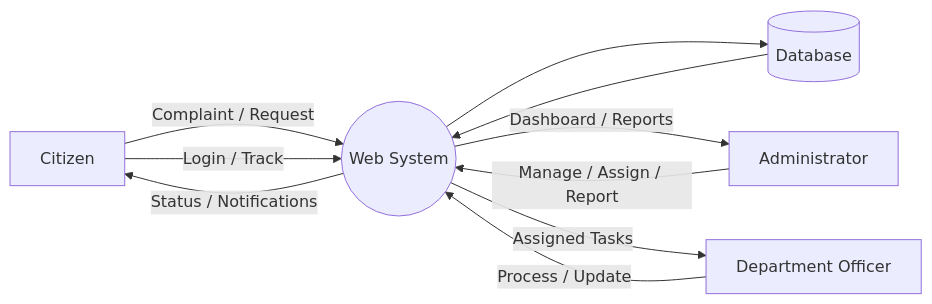
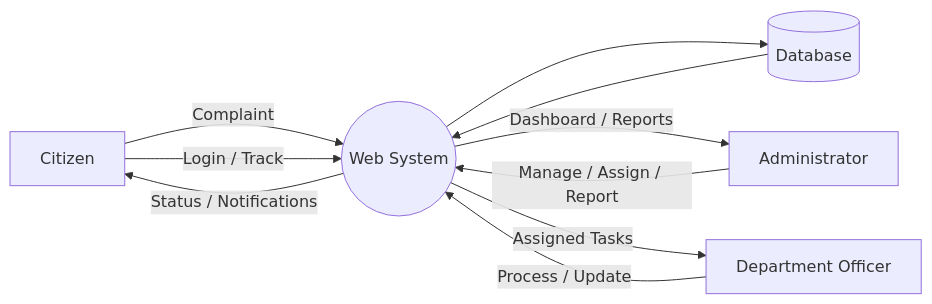
One commit to esmaelmohammed-ux/Adama-city-citizen-complaint-and-request-management-system changed the fourth of 7 diagrams in Project_Proposal_Web_Based_Citizen_Complaint_and_Service_Request.md. Above: the diagram before and after it, drawn with Mermaid. The commit also changed other lines of this file and 72 other files, not shown here.

````diff
--- a/Project_Proposal_Web_Based_Citizen_Complaint_and_Service_Request.md
+++ b/Project_Proposal_Web_Based_Citizen_Complaint_and_Service_Request.md
@@ -677,18 +671,18 @@
 ```mermaid
 flowchart LR
     Citizen[Citizen]
     Admin[Administrator]
     Officer[Department Officer]
     System((Web System))
     DB[(Database)]
 
-    Citizen -->|Complaint / Request| System
+    Citizen -->|Complaint| System
     Citizen -->|Login / Track| System
     Admin -->|Manage / Assign / Report| System
     Officer -->|Process / Update| System
     System --> DB
     DB --> System
     System -->|Status / Notifications| Citizen
     System -->|Dashboard / Reports| Admin
     System -->|Assigned Tasks| Officer
 ```
````
